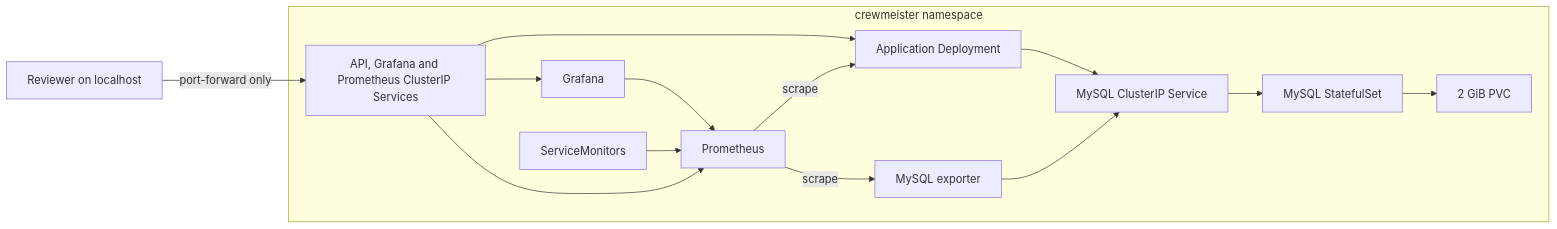
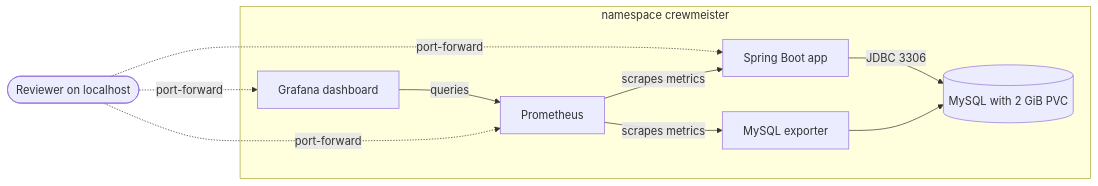
Before and after one commit to ouemnaa/crewmeister-devops-challenge: the fourth of 8 diagrams in README.md, drawn with Mermaid. The commit also changed other lines of this file, not shown here.

````diff
--- a/README.md
+++ b/README.md
@@ -247,17 +275,14 @@
 ```mermaid
 flowchart LR
-    browser[Reviewer on localhost] -->|port-forward only| services[API, Grafana and Prometheus ClusterIP Services]
-    subgraph project[crewmeister namespace]
-        services --> app[Application Deployment]
-        app --> db[MySQL ClusterIP Service]
-        db --> mysql[MySQL StatefulSet]
-        mysql --> pvc[2 GiB PVC]
-        services --> grafana[Grafana]
-        grafana --> prom[Prometheus]
-        sm[ServiceMonitors] --> prom
-        prom -->|scrape| app
-        prom -->|scrape| exporter[MySQL exporter]
-        exporter --> db
-        services --> prom
+    subgraph ns ["namespace crewmeister"]
+        app["Spring Boot app"] -->|"JDBC 3306"| mysql[("MySQL with 2 GiB PVC")]
+        exporter["MySQL exporter"] --> mysql
+        prom["Prometheus"] -->|"scrapes metrics"| app
+        prom -->|"scrapes metrics"| exporter
+        grafana["Grafana dashboard"] -->|"queries"| prom
     end
+
+    you(["Reviewer on localhost"]) -. "port-forward" .-> app
+    you -. "port-forward" .-> grafana
+    you -. "port-forward" .-> prom
 ```
````
